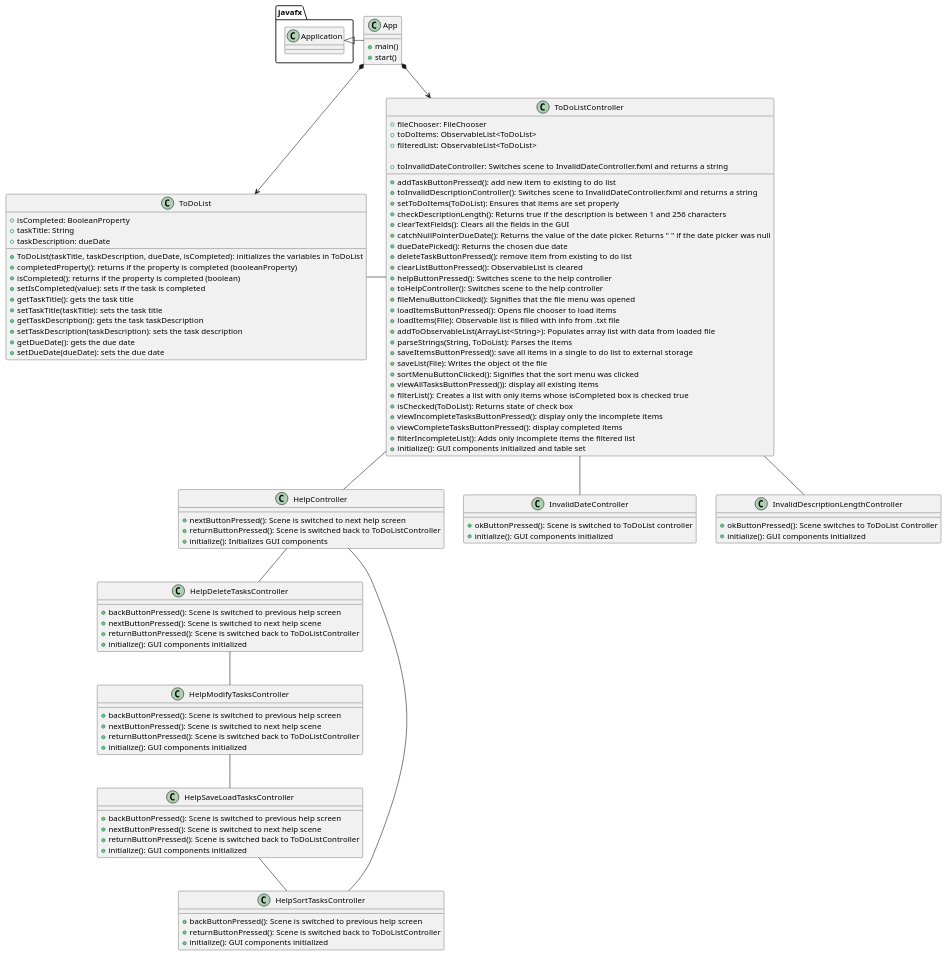
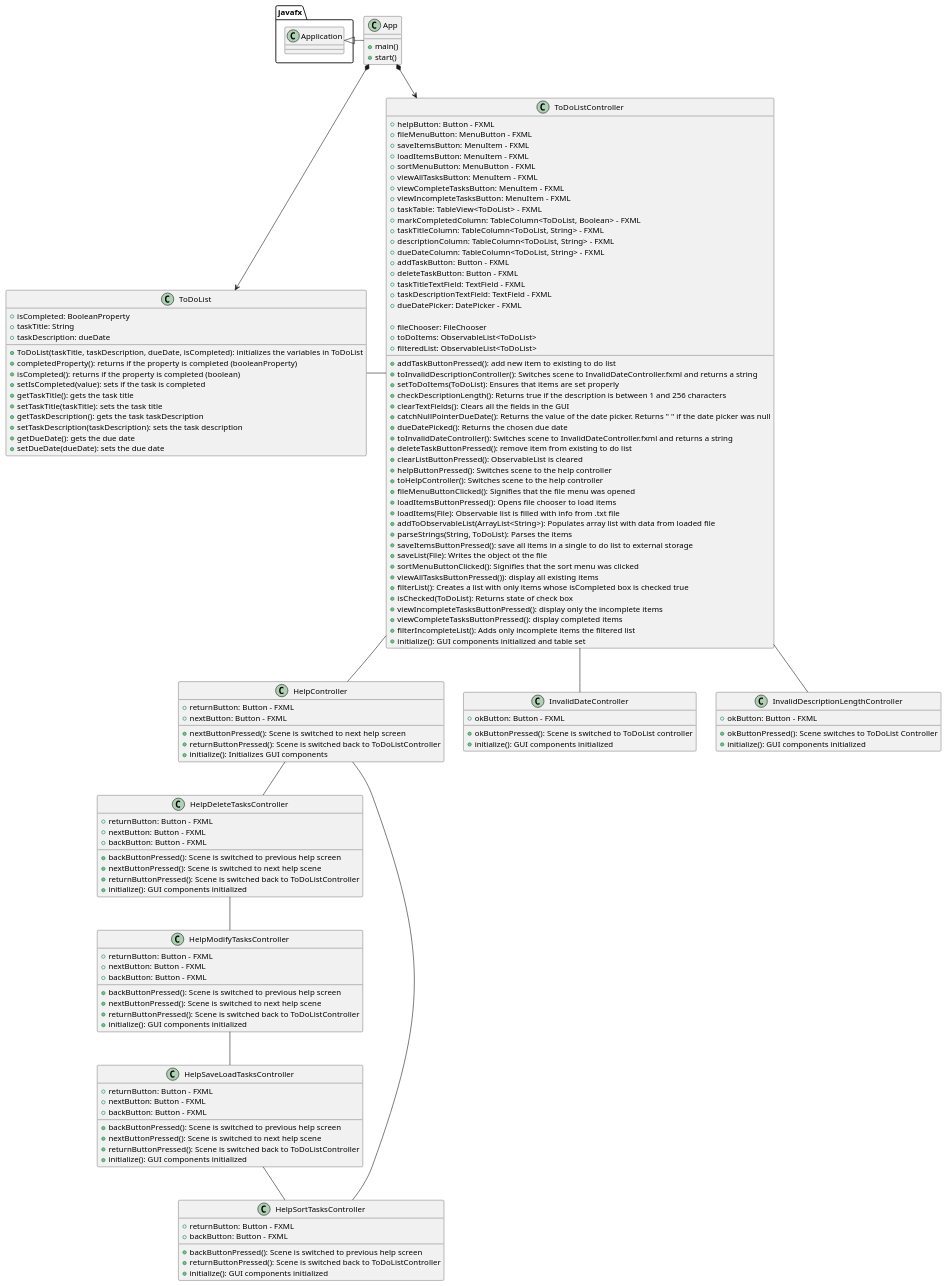
Before and after one commit to savosburn/To-Do-List-with-GUI: the diagram in uml/ToDoList.puml, drawn with PlantUML.

Commit message:
.puml updated

```diff
--- a/uml/ToDoList.puml
+++ b/uml/ToDoList.puml
@@ -1,120 +1,161 @@
 @startuml
 'https://plantuml.com/sequence-diagram
 
 class App {
     + main()
     + start()
 }
 
 class ToDoList {
     + isCompleted: BooleanProperty
     + taskTitle: String
     + taskDescription: dueDate
 
     + ToDoList(taskTitle, taskDescription, dueDate, isCompleted): initializes the variables in ToDoList
     + completedProperty(): returns if the property is completed (booleanProperty)
     + isCompleted(): returns if the property is completed (boolean)
     + setIsCompleted(value): sets if the task is completed
     + getTaskTitle(): gets the task title
     + setTaskTitle(taskTitle): sets the task title
     + getTaskDescription(): gets the task taskDescription
     + setTaskDescription(taskDescription): sets the task description
     + getDueDate(): gets the due date
     + setDueDate(dueDate): sets the due date
 }
 
 class ToDoListController {
+    + helpButton: Button - FXML
+    + fileMenuButton: MenuButton - FXML
+    + saveItemsButton: MenuItem - FXML
+    + loadItemsButton: MenuItem - FXML
+    + sortMenuButton: MenuButton - FXML
+    + viewAllTasksButton: MenuItem - FXML
+    + viewCompleteTasksButton: MenuItem - FXML
+    + viewIncompleteTasksButton: MenuItem - FXML
+    + taskTable: TableView<ToDoList> - FXML
+    + markCompletedColumn: TableColumn<ToDoList, Boolean> - FXML
+    + taskTitleColumn: TableColumn<ToDoList, String> - FXML
+    + descriptionColumn: TableColumn<ToDoList, String> - FXML
+    + dueDateColumn: TableColumn<ToDoList, String> - FXML
+    + addTaskButton: Button - FXML
+    + deleteTaskButton: Button - FXML
+    + taskTitleTextField: TextField - FXML
+    + taskDescriptionTextField: TextField - FXML
+    + dueDatePicker: DatePicker - FXML
+
     + fileChooser: FileChooser
     + toDoItems: ObservableList<ToDoList>
     + filteredList: ObservableList<ToDoList>
 
     + addTaskButtonPressed(): add new item to existing to do list
     + toInvalidDescriptionController(): Switches scene to InvalidDateController.fxml and returns a string
     + setToDoItems(ToDoList): Ensures that items are set properly
     + checkDescriptionLength(): Returns true if the description is between 1 and 256 characters
     + clearTextFields(): Clears all the fields in the GUI
     + catchNullPointerDueDate(): Returns the value of the date picker. Returns " " if the date picker was null
     + dueDatePicked(): Returns the chosen due date
-    + toInvalidDateController: Switches scene to InvalidDateController.fxml and returns a string
+    + toInvalidDateController(): Switches scene to InvalidDateController.fxml and returns a string
     + deleteTaskButtonPressed(): remove item from existing to do list
     + clearListButtonPressed(): ObservableList is cleared
     + helpButtonPressed(): Switches scene to the help controller
     + toHelpController(): Switches scene to the help controller
     + fileMenuButtonClicked(): Signifies that the file menu was opened
     + loadItemsButtonPressed(): Opens file chooser to load items
     + loadItems(File): Observable list is filled with info from .txt file
     + addToObservableList(ArrayList<String>): Populates array list with data from loaded file
     + parseStrings(String, ToDoList): Parses the items
     + saveItemsButtonPressed(): save all items in a single to do list to external storage
     + saveList(File): Writes the object ot the file
     + sortMenuButtonClicked(): Signifies that the sort menu was clicked
     + viewAllTasksButtonPressed()): display all existing items
     + filterList(): Creates a list with only items whose isCompleted box is checked true
     + isChecked(ToDoList): Returns state of check box
     + viewIncompleteTasksButtonPressed(): display only the incomplete items
     + viewCompleteTasksButtonPressed(): display completed items
     + filterIncompleteList(): Adds only incomplete items the filtered list
     + initialize(): GUI components initialized and table set
 }
 
 class HelpController {
+    + returnButton: Button - FXML
+    + nextButton: Button - FXML
+
     + nextButtonPressed(): Scene is switched to next help screen
     + returnButtonPressed(): Scene is switched back to ToDoListController
     + initialize(): Initializes GUI components
 }
 
 class HelpDeleteTasksController {
+    + returnButton: Button - FXML
+    + nextButton: Button - FXML
+    + backButton: Button - FXML
+
     + backButtonPressed(): Scene is switched to previous help screen
     + nextButtonPressed(): Scene is switched to next help scene
     + returnButtonPressed(): Scene is switched back to ToDoListController
     + initialize(): GUI components initialized
 }
 
 class HelpModifyTasksController {
+    + returnButton: Button - FXML
+    + nextButton: Button - FXML
+    + backButton: Button - FXML
+
     + backButtonPressed(): Scene is switched to previous help screen
     + nextButtonPressed(): Scene is switched to next help scene
     + returnButtonPressed(): Scene is switched back to ToDoListController
     + initialize(): GUI components initialized
 }
 
 class HelpSaveLoadTasksController {
+    + returnButton: Button - FXML
+    + nextButton: Button - FXML
+    + backButton: Button - FXML
+
     + backButtonPressed(): Scene is switched to previous help screen
     + nextButtonPressed(): Scene is switched to next help scene
     + returnButtonPressed(): Scene is switched back to ToDoListController
     + initialize(): GUI components initialized
 }
 
 class HelpSortTasksController {
+    + returnButton: Button - FXML
+    + backButton: Button - FXML
+
     + backButtonPressed(): Scene is switched to previous help screen
     + returnButtonPressed(): Scene is switched back to ToDoListController
     + initialize(): GUI components initialized
 }
 
 class InvalidDateController {
+    + okButton: Button - FXML
+
     + okButtonPressed(): Scene is switched to ToDoList controller
     + initialize(): GUI components initialized
 }
 
 class InvalidDescriptionLengthController {
+    + okButton: Button - FXML
+
     + okButtonPressed(): Scene switches to ToDoList Controller
     + initialize(): GUI components initialized
 }
 
 
 
 javafx.Application <|- App
 App *--> ToDoListController
 ToDoListController -- HelpController
 ToDoListController -- InvalidDateController
 ToDoListController -- InvalidDescriptionLengthController
 HelpController -- HelpDeleteTasksController
 HelpDeleteTasksController -- HelpModifyTasksController
 HelpModifyTasksController -- HelpSaveLoadTasksController
 HelpSaveLoadTasksController -- HelpSortTasksController
 HelpSortTasksController -- HelpController
 App *--> ToDoList
 
 ToDoList - ToDoListController
 
 
 @enduml
```
